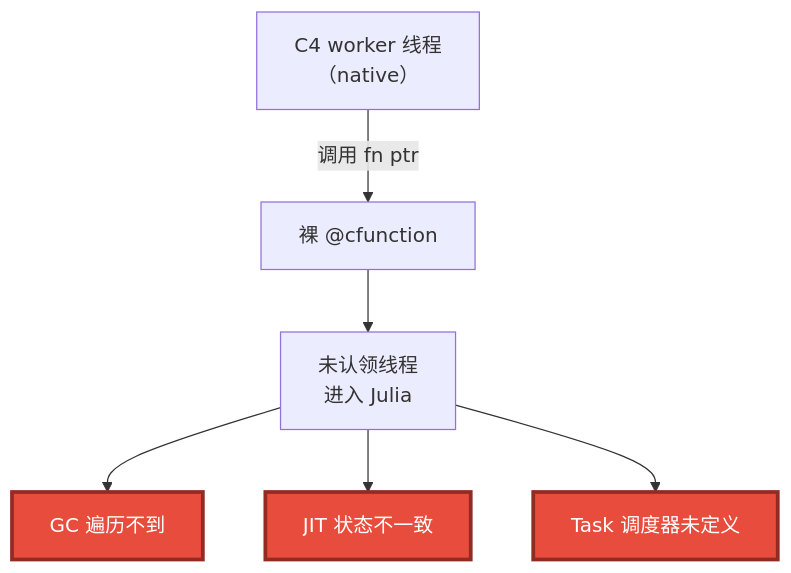
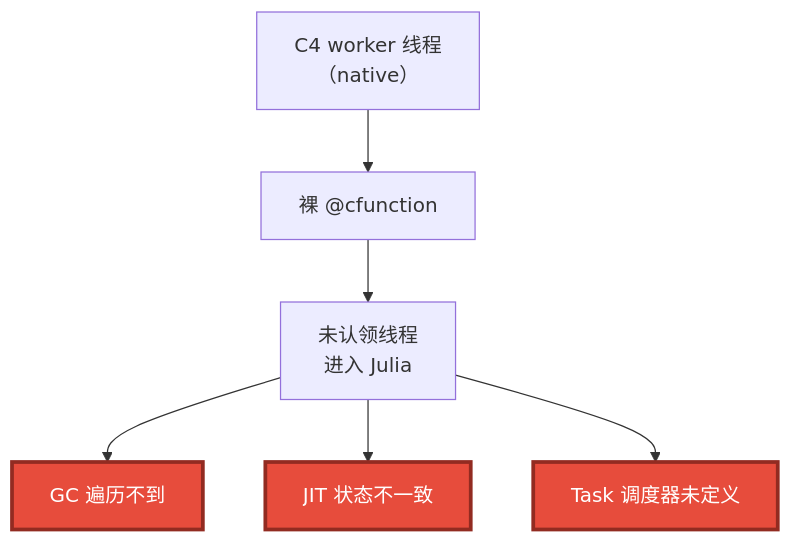
Before and after one commit to PassByYou888/LingoFuse: diagram 12 of 33 in julia/README.md, drawn with Mermaid. The commit also changed other lines of this file and 3 other files, not shown here.

````diff
--- a/julia/README.md
+++ b/julia/README.md
@@ -335,12 +414,12 @@
 ```mermaid
 flowchart TB
-    A["C4 worker 线程<br/>（native）"] -->|"调用 fn ptr"| B["裸 @cfunction"]
+    A["C4 worker 线程<br/>（native）"] --> B["裸 @cfunction"]
     B --> C["未认领线程<br/>进入 Julia"]
     C --> D["GC 遍历不到"]
     C --> E["JIT 状态不一致"]
     C --> F["Task 调度器未定义"]
 
     style D fill:#E74C3C,stroke:#922B21,stroke-width:3px,color:#FFFFFF
     style E fill:#E74C3C,stroke:#922B21,stroke-width:3px,color:#FFFFFF
     style F fill:#E74C3C,stroke:#922B21,stroke-width:3px,color:#FFFFFF
 ```
````
